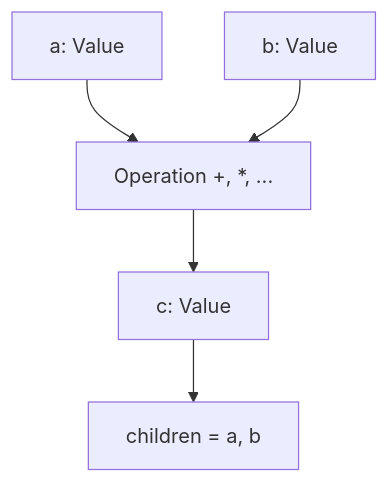
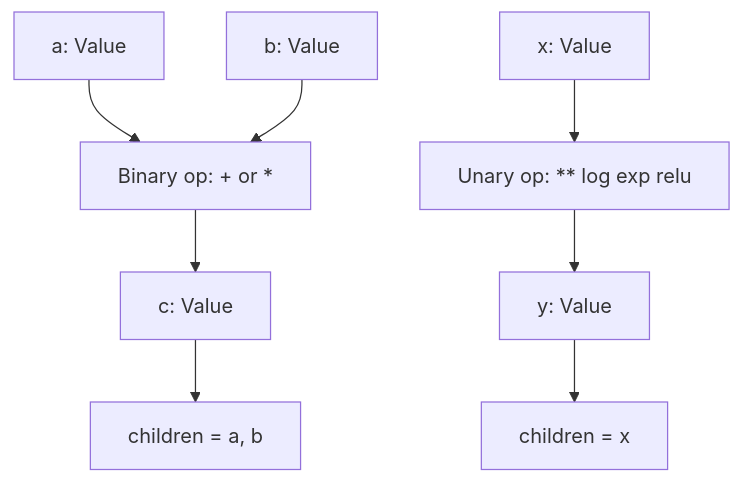
One commit to danilop/micro-gpt-and-beyond changed the diagram in walk-the-code/diagrams/autograd_forward.mmd. Above: the diagram before and after it, drawn with Mermaid. The commit also changed 16 other files, not shown here.

```diff
--- a/walk-the-code/diagrams/autograd_forward.mmd
+++ b/walk-the-code/diagrams/autograd_forward.mmd
@@ -1,5 +1,11 @@
+%% Two paths, because the Value class builds the graph both ways: binary ops
+%% record two children, unary ops record one. The original binary ids are
+%% unchanged so existing highlights still resolve.
 graph TD
-    a[a: Value] --> op[Operation +, *, ...]
+    a[a: Value] --> op[Binary op: + or *]
     b[b: Value] --> op
     op --> c[c: Value]
     c --> children_ab[children = a, b]
+    x[x: Value] --> uop[Unary op: ** log exp relu]
+    uop --> y[y: Value]
+    y --> children_x[children = x]
```
